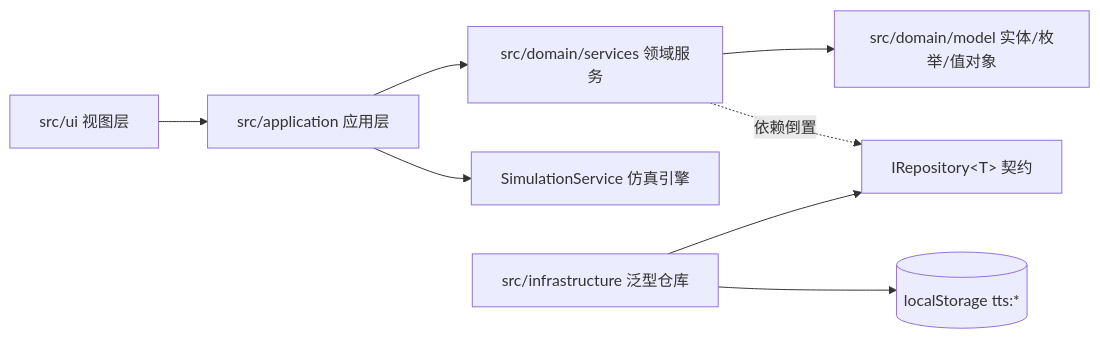
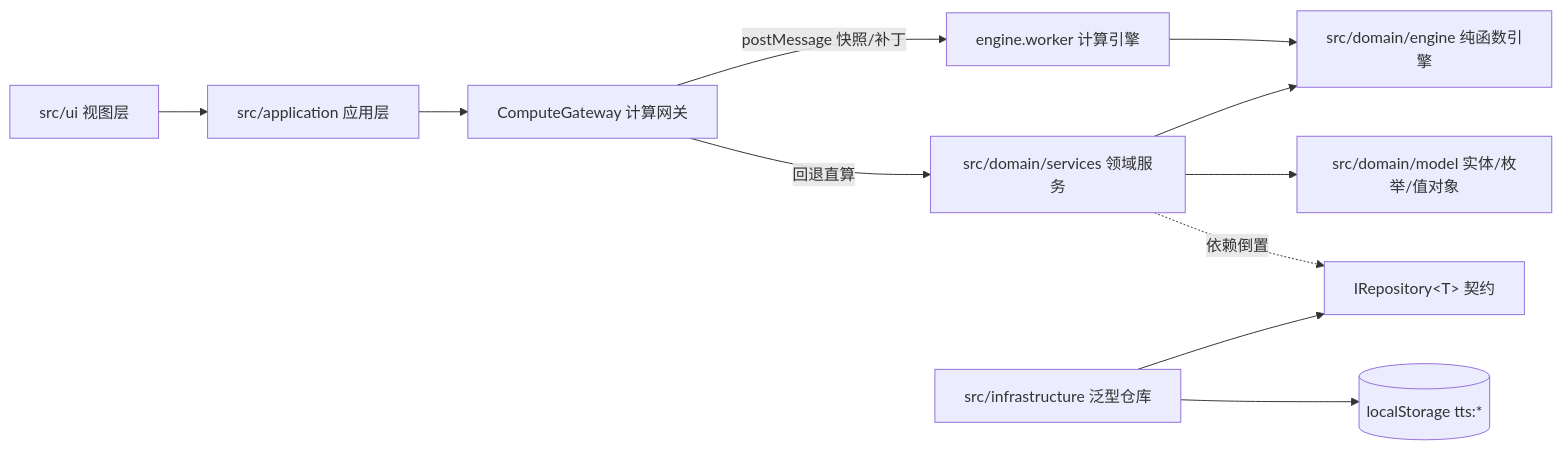
Before and after one commit to AFewMoon/train-ticket-sales-simulation: the diagram in README.md, drawn with Mermaid. The commit also changed other lines of this file and 18 other files, not shown here.

````diff
--- a/README.md
+++ b/README.md
@@ -103,10 +111,13 @@
 ```mermaid
 flowchart LR
     UI[src/ui 视图层] --> APP[src/application 应用层]
-    APP --> SVC[src/domain/services 领域服务]
+    APP --> GW[ComputeGateway 计算网关]
+    GW -->|postMessage 快照/补丁| WK[engine.worker 计算引擎]
+    GW -->|回退直算| SVC[src/domain/services 领域服务]
+    WK --> ENG[src/domain/engine 纯函数引擎]
+    SVC --> ENG
     SVC --> VO[src/domain/model 实体/枚举/值对象]
-    APP --> SIM[SimulationService 仿真引擎]
     SVC -.依赖倒置.-> IREP[IRepository&lt;T&gt; 契约]
     REPO[src/infrastructure 泛型仓库] --> IREP
     REPO --> LS[(localStorage tts:*)]
 ```
````
